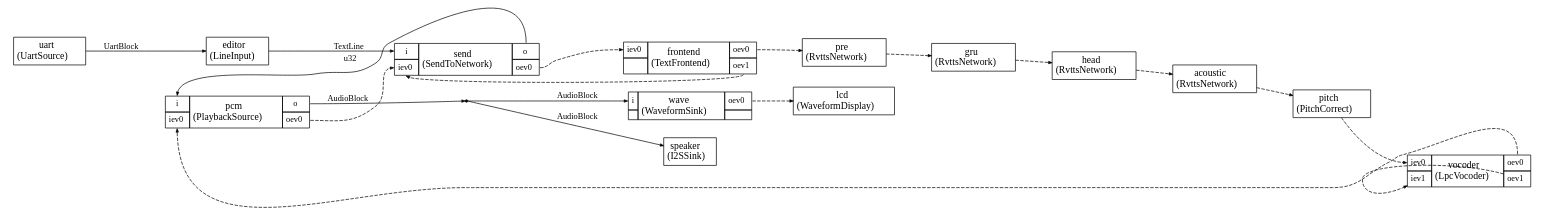
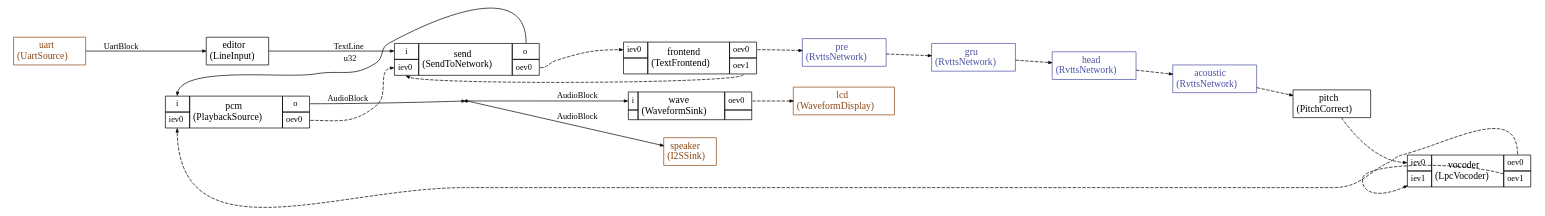
One commit to christophe0606/EthosCatalog changed the diagram in projects/rvtts_lpc/generated/app.dot. Above: the diagram before and after it, drawn with Graphviz. The commit also changed 34 other files, not shown here.

Commit message:
Updated graph styling to distinguish different pte files

```diff
--- a/projects/rvtts_lpc/generated/app.dot
+++ b/projects/rvtts_lpc/generated/app.dot
@@ -14,7 +14,7 @@
 dup0 [shape=point,label="dup0"]
 
 editor [label=<
-<TABLE color="black" bgcolor="none" BORDER="0" CELLBORDER="1" CELLSPACING="0" CELLPADDING="4">
+<TABLE color="black" bgcolor="white" BORDER="0" CELLBORDER="1" CELLSPACING="0" CELLPADDING="4">
   <TR>
     <TD ALIGN="CENTER" PORT="i"><FONT COLOR="black" POINT-SIZE="14.0">editor<BR/>(LineInput)</FONT></TD>
   </TR>
@@ -22,7 +22,7 @@
 
 
 pcm [label=<
-<TABLE color="black" bgcolor="none" BORDER="0" CELLBORDER="1" CELLSPACING="0" CELLPADDING="4">
+<TABLE color="black" bgcolor="white" BORDER="0" CELLBORDER="1" CELLSPACING="0" CELLPADDING="4">
   <TR>
     <TD PORT="i"><FONT POINT-SIZE="12.0" COLOR="black">i</FONT></TD>
     <TD ALIGN="CENTER" ROWSPAN="2"><FONT COLOR="black" POINT-SIZE="14.0">pcm<BR/>(PlaybackSource)</FONT></TD>
@@ -38,7 +38,7 @@
 
 
 send [label=<
-<TABLE color="black" bgcolor="none" BORDER="0" CELLBORDER="1" CELLSPACING="0" CELLPADDING="4">
+<TABLE color="black" bgcolor="white" BORDER="0" CELLBORDER="1" CELLSPACING="0" CELLPADDING="4">
   <TR>
     <TD PORT="i"><FONT POINT-SIZE="12.0" COLOR="black">i</FONT></TD>
     <TD ALIGN="CENTER" ROWSPAN="2"><FONT COLOR="black" POINT-SIZE="14.0">send<BR/>(SendToNetwork)</FONT></TD>
@@ -53,22 +53,22 @@
 </TABLE>>];
 
 speaker [label=<
-<TABLE color="black" bgcolor="none" BORDER="0" CELLBORDER="1" CELLSPACING="0" CELLPADDING="4">
+<TABLE color="#8B4513" bgcolor="white" BORDER="0" CELLBORDER="1" CELLSPACING="0" CELLPADDING="4">
   <TR>
-    <TD ALIGN="CENTER" PORT="i"><FONT COLOR="black" POINT-SIZE="14.0">speaker<BR/>(I2SSink)</FONT></TD>
+    <TD ALIGN="CENTER" PORT="i"><FONT COLOR="#8B4513" POINT-SIZE="14.0">speaker<BR/>(I2SSink)</FONT></TD>
   </TR>
 </TABLE>>];
 
 uart [label=<
-<TABLE color="black" bgcolor="none" BORDER="0" CELLBORDER="1" CELLSPACING="0" CELLPADDING="4">
+<TABLE color="#8B4513" bgcolor="white" BORDER="0" CELLBORDER="1" CELLSPACING="0" CELLPADDING="4">
   <TR>
-    <TD ALIGN="CENTER" PORT="i"><FONT COLOR="black" POINT-SIZE="14.0">uart<BR/>(UartSource)</FONT></TD>
+    <TD ALIGN="CENTER" PORT="i"><FONT COLOR="#8B4513" POINT-SIZE="14.0">uart<BR/>(UartSource)</FONT></TD>
   </TR>
 </TABLE>>];
 
 
 wave [label=<
-<TABLE color="black" bgcolor="none" BORDER="0" CELLBORDER="1" CELLSPACING="0" CELLPADDING="4">
+<TABLE color="black" bgcolor="white" BORDER="0" CELLBORDER="1" CELLSPACING="0" CELLPADDING="4">
   <TR>
     <TD PORT="i"><FONT POINT-SIZE="12.0" COLOR="black">i</FONT></TD>
     <TD ALIGN="CENTER" ROWSPAN="2"><FONT COLOR="black" POINT-SIZE="14.0">wave<BR/>(WaveformSink)</FONT></TD>
@@ -83,15 +83,15 @@
 </TABLE>>];
 
 acoustic [label=<
-<TABLE color="black" bgcolor="none" BORDER="0" CELLBORDER="1" CELLSPACING="0" CELLPADDING="4">
+<TABLE color="#4B50A5" bgcolor="white" BORDER="0" CELLBORDER="1" CELLSPACING="0" CELLPADDING="4">
   <TR>
-    <TD ALIGN="CENTER" PORT="i"><FONT COLOR="black" POINT-SIZE="14.0">acoustic<BR/>(RvttsNetwork)</FONT></TD>
+    <TD ALIGN="CENTER" PORT="i"><FONT COLOR="#4B50A5" POINT-SIZE="14.0">acoustic<BR/>(RvttsNetwork)</FONT></TD>
   </TR>
 </TABLE>>];
 
 
 frontend [label=<
-<TABLE color="black" bgcolor="none" BORDER="0" CELLBORDER="1" CELLSPACING="0" CELLPADDING="4">
+<TABLE color="black" bgcolor="white" BORDER="0" CELLBORDER="1" CELLSPACING="0" CELLPADDING="4">
   <TR>
     <TD PORT="iev0"><FONT POINT-SIZE="12.0" COLOR="black">iev0</FONT></TD>
     <TD ALIGN="CENTER" ROWSPAN="2"><FONT COLOR="black" POINT-SIZE="14.0">frontend<BR/>(TextFrontend)</FONT></TD>
@@ -106,43 +106,43 @@
 </TABLE>>];
 
 gru [label=<
-<TABLE color="black" bgcolor="none" BORDER="0" CELLBORDER="1" CELLSPACING="0" CELLPADDING="4">
+<TABLE color="#4B50A5" bgcolor="white" BORDER="0" CELLBORDER="1" CELLSPACING="0" CELLPADDING="4">
   <TR>
-    <TD ALIGN="CENTER" PORT="i"><FONT COLOR="black" POINT-SIZE="14.0">gru<BR/>(RvttsNetwork)</FONT></TD>
+    <TD ALIGN="CENTER" PORT="i"><FONT COLOR="#4B50A5" POINT-SIZE="14.0">gru<BR/>(RvttsNetwork)</FONT></TD>
   </TR>
 </TABLE>>];
 
 head [label=<
-<TABLE color="black" bgcolor="none" BORDER="0" CELLBORDER="1" CELLSPACING="0" CELLPADDING="4">
+<TABLE color="#4B50A5" bgcolor="white" BORDER="0" CELLBORDER="1" CELLSPACING="0" CELLPADDING="4">
   <TR>
-    <TD ALIGN="CENTER" PORT="i"><FONT COLOR="black" POINT-SIZE="14.0">head<BR/>(RvttsNetwork)</FONT></TD>
+    <TD ALIGN="CENTER" PORT="i"><FONT COLOR="#4B50A5" POINT-SIZE="14.0">head<BR/>(RvttsNetwork)</FONT></TD>
   </TR>
 </TABLE>>];
 
 lcd [label=<
-<TABLE color="black" bgcolor="none" BORDER="0" CELLBORDER="1" CELLSPACING="0" CELLPADDING="4">
+<TABLE color="#8B4513" bgcolor="white" BORDER="0" CELLBORDER="1" CELLSPACING="0" CELLPADDING="4">
   <TR>
-    <TD ALIGN="CENTER" PORT="i"><FONT COLOR="black" POINT-SIZE="14.0">lcd<BR/>(WaveformDisplay)</FONT></TD>
+    <TD ALIGN="CENTER" PORT="i"><FONT COLOR="#8B4513" POINT-SIZE="14.0">lcd<BR/>(WaveformDisplay)</FONT></TD>
   </TR>
 </TABLE>>];
 
 pitch [label=<
-<TABLE color="black" bgcolor="none" BORDER="0" CELLBORDER="1" CELLSPACING="0" CELLPADDING="4">
+<TABLE color="black" bgcolor="white" BORDER="0" CELLBORDER="1" CELLSPACING="0" CELLPADDING="4">
   <TR>
     <TD ALIGN="CENTER" PORT="i"><FONT COLOR="black" POINT-SIZE="14.0">pitch<BR/>(PitchCorrect)</FONT></TD>
   </TR>
 </TABLE>>];
 
 pre [label=<
-<TABLE color="black" bgcolor="none" BORDER="0" CELLBORDER="1" CELLSPACING="0" CELLPADDING="4">
+<TABLE color="#4B50A5" bgcolor="white" BORDER="0" CELLBORDER="1" CELLSPACING="0" CELLPADDING="4">
   <TR>
-    <TD ALIGN="CENTER" PORT="i"><FONT COLOR="black" POINT-SIZE="14.0">pre<BR/>(RvttsNetwork)</FONT></TD>
+    <TD ALIGN="CENTER" PORT="i"><FONT COLOR="#4B50A5" POINT-SIZE="14.0">pre<BR/>(RvttsNetwork)</FONT></TD>
   </TR>
 </TABLE>>];
 
 
 vocoder [label=<
-<TABLE color="black" bgcolor="none" BORDER="0" CELLBORDER="1" CELLSPACING="0" CELLPADDING="4">
+<TABLE color="black" bgcolor="white" BORDER="0" CELLBORDER="1" CELLSPACING="0" CELLPADDING="4">
   <TR>
     <TD PORT="iev0"><FONT POINT-SIZE="12.0" COLOR="black">iev0</FONT></TD>
     <TD ALIGN="CENTER" ROWSPAN="2"><FONT COLOR="black" POINT-SIZE="14.0">vocoder<BR/>(LpcVocoder)</FONT></TD>
```
